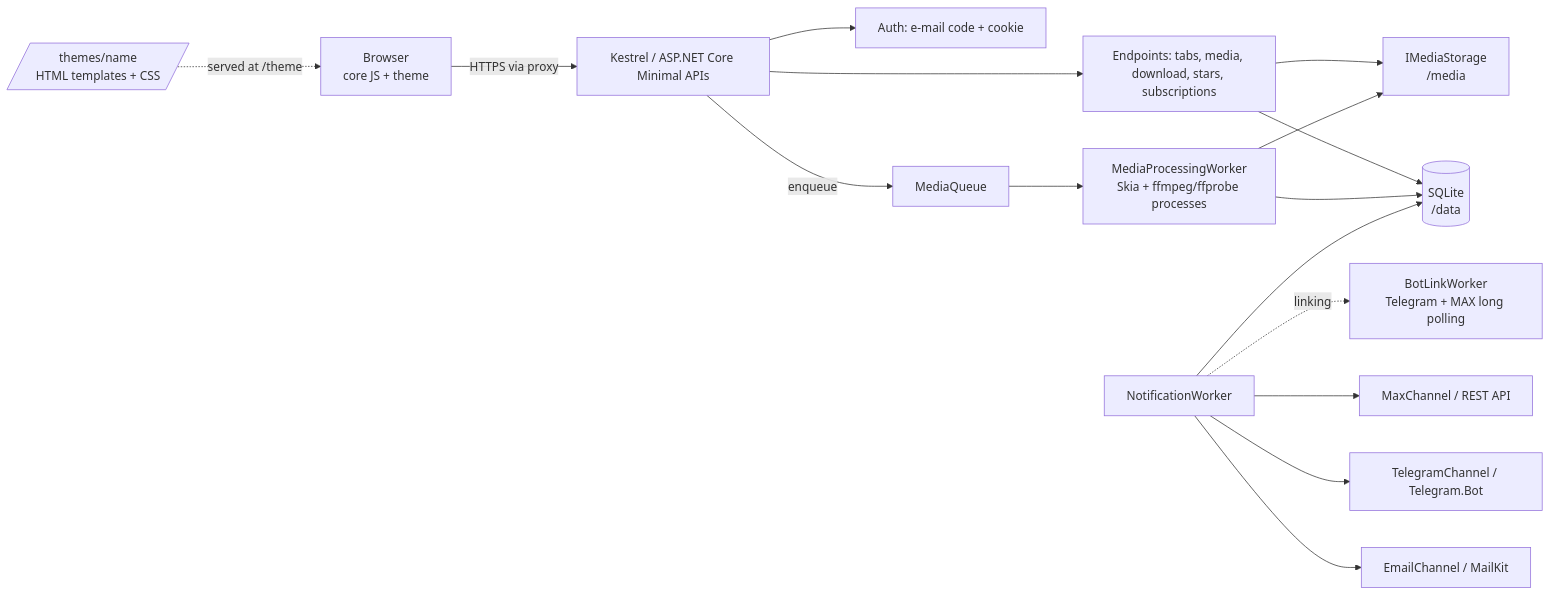
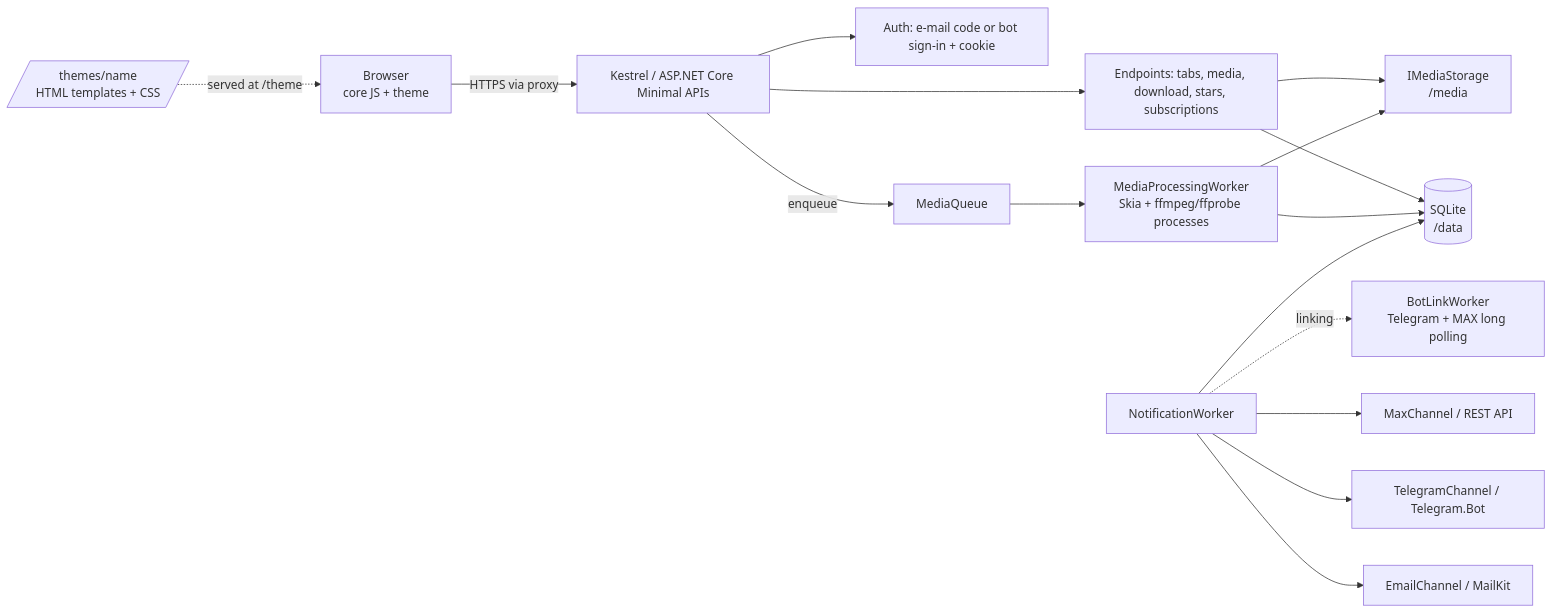
The first of 2 diagrams in docs/architecture.md (igolets/EventPix), drawn with Mermaid before and after one commit. The commit also changed other lines of this file and 24 other files, not shown here.

First line of the commit message:
Add passwordless bot sign-in via Telegram and MAX (#25)

````diff
--- a/docs/architecture.md
+++ b/docs/architecture.md
@@ -12,17 +12,17 @@
 ```mermaid
 flowchart LR
   B[Browser<br/>core JS + theme] -->|HTTPS via proxy| K[Kestrel / ASP.NET Core Minimal APIs]
-  K --> A[Auth: e-mail code + cookie]
+  K --> A[Auth: e-mail code or bot sign-in + cookie]
   K --> E[Endpoints: tabs, media, download, stars, subscriptions]
   E --> DB[(SQLite<br/>/data)]
   E --> S[IMediaStorage<br/>/media]
   K -->|enqueue| Q[MediaQueue] --> W[MediaProcessingWorker<br/>Skia + ffmpeg/ffprobe processes]
   W --> S
   W --> DB
   N[NotificationWorker] --> DB
   N --> C1[EmailChannel / MailKit]
   N --> C2[TelegramChannel / Telegram.Bot]
   N --> C3[MaxChannel / REST API]
   N -. linking .-> GW[BotLinkWorker<br/>Telegram + MAX long polling]
   T[/themes/name<br/>HTML templates + CSS/] -. served at /theme .-> B
 ```
````
